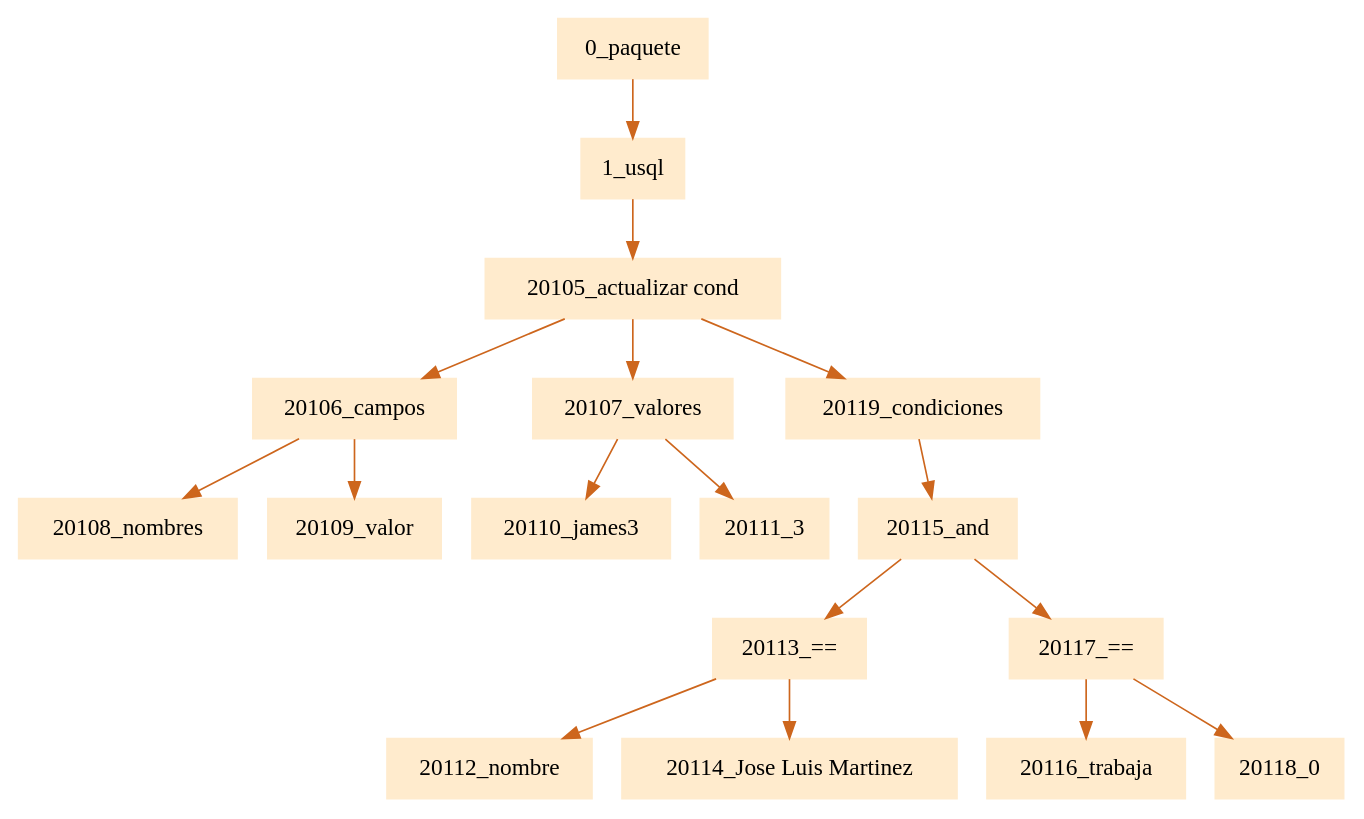
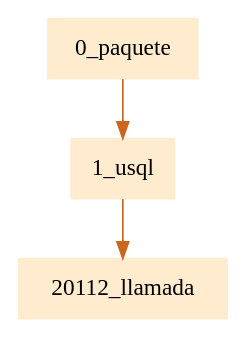
The diagram in pr1Compilarodores2/paquete.dot (JamesMelgar/compi2javaccpr1), drawn with Graphviz before and after one commit. The commit also changed 15 other files, not shown here.

```diff
--- a/pr1Compilarodores2/paquete.dot
+++ b/pr1Compilarodores2/paquete.dot
@@ -1,5 +1,5 @@
 digraph G {node[shape=box, style=filled, color=blanchedalmond]; edge[color=chocolate3];rankdir=UD 
 
-"0_paquete"->"1_usql""1_usql"->"20105_actualizar cond""20105_actualizar cond"->"20106_campos""20106_campos"->"20108_nombres""20106_campos"->"20109_valor""20105_actualizar cond"->"20107_valores""20107_valores"->"20110_james3""20107_valores"->"20111_3""20105_actualizar cond"->"20119_condiciones""20119_condiciones"->"20115_and""20115_and"->"20113_==""20113_=="->"20112_nombre""20113_=="->"20114_Jose Luis Martinez""20115_and"->"20117_==""20117_=="->"20116_trabaja""20117_=="->"20118_0"
+"0_paquete"->"1_usql""1_usql"->"20112_llamada"
 
 }
```
